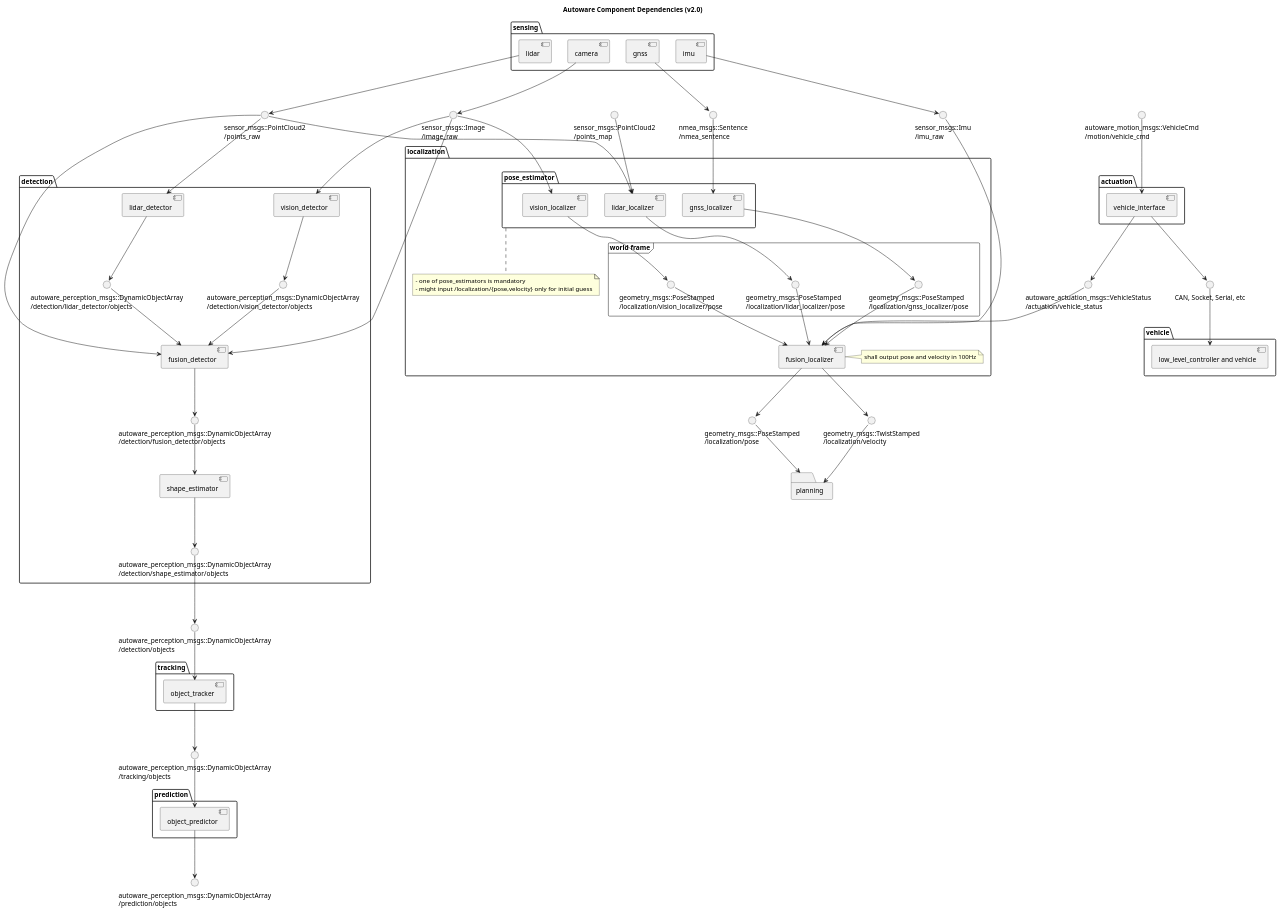
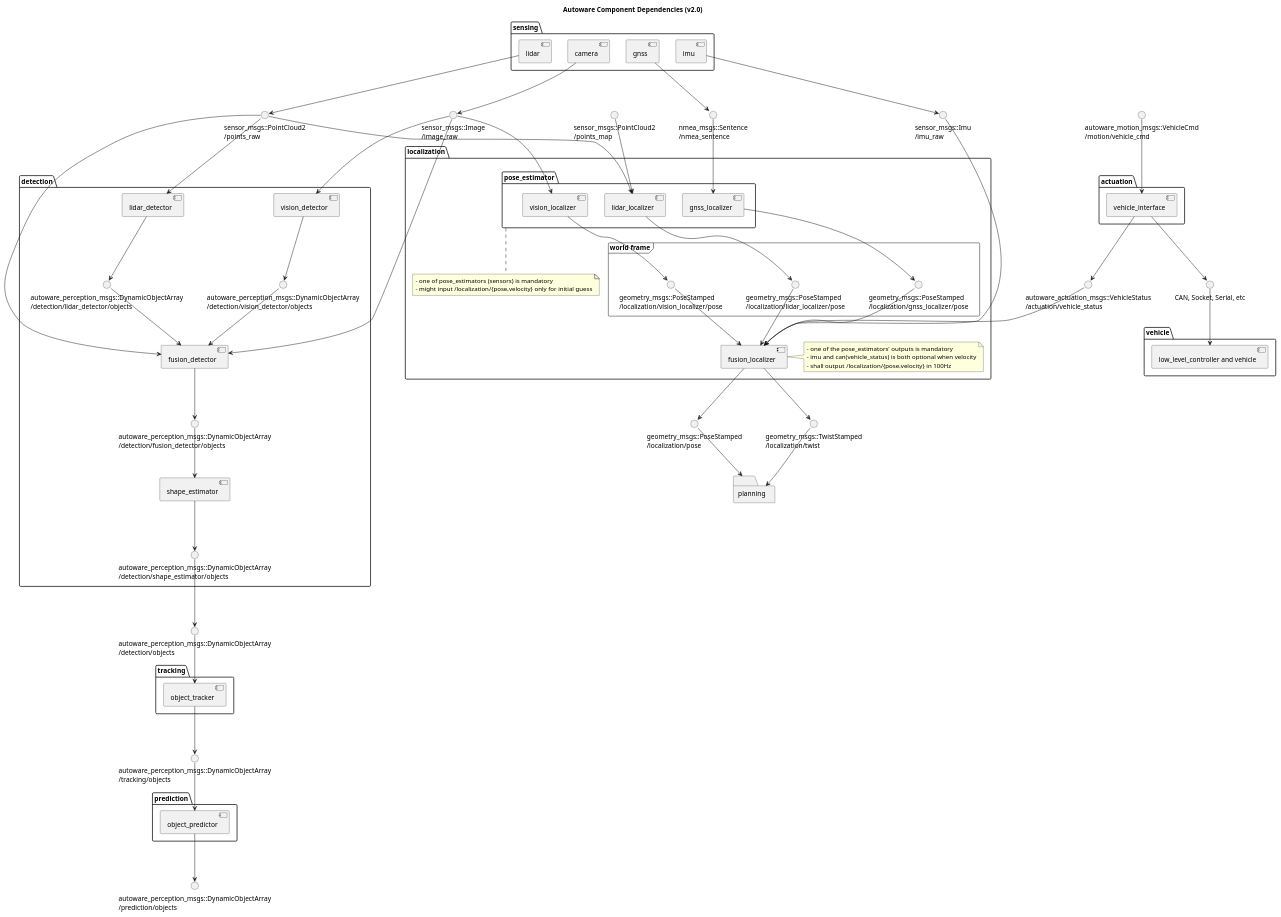
Before and after one commit to beenfhb/autoware: the diagram in docs/architecture/ComponentDiagram.pu, drawn with PlantUML.

Commit message:
Add notes, rename /localization/velocity to twist

```diff
--- a/docs/architecture/ComponentDiagram.pu
+++ b/docs/architecture/ComponentDiagram.pu
@@ -100,7 +100,7 @@
 
 'vel_pose_connect
 () "geometry_msgs::PoseStamped\n/localization/pose" as current_pose
-() "geometry_msgs::TwistStamped\n/localization/velocity" as current_velocity
+() "geometry_msgs::TwistStamped\n/localization/twist" as current_velocity
 
 folder localization {
     frame "world frame" {
@@ -130,13 +130,15 @@
         lidar_localizer --> ndt_pose
     }
     note bottom of pose_estimator
-        - one of pose_estimators is mandatory
+        - one of pose_estimators (sensors) is mandatory
         - might input /localization/{pose,velocity} only for initial guess
     end note
 
     [fusion_localizer]
     note right of fusion_localizer
-        shall output pose and velocity in 100Hz
+        - one of the pose_estimators' outputs is mandatory
+        - imu and can(vehicle_status) is both optional when velocity
+        - shall output /localization/{pose,velocity} in 100Hz
     end note
     'inputs
     gnss_pose --> fusion_localizer
```
